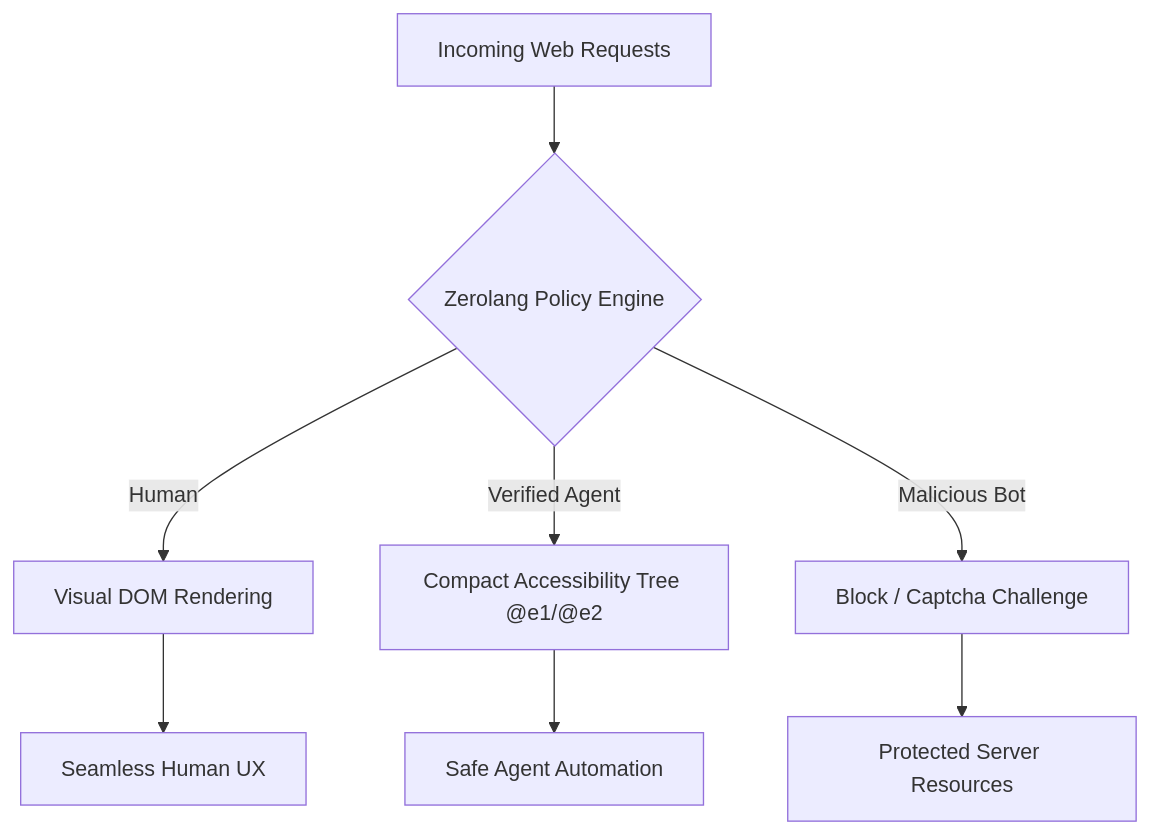
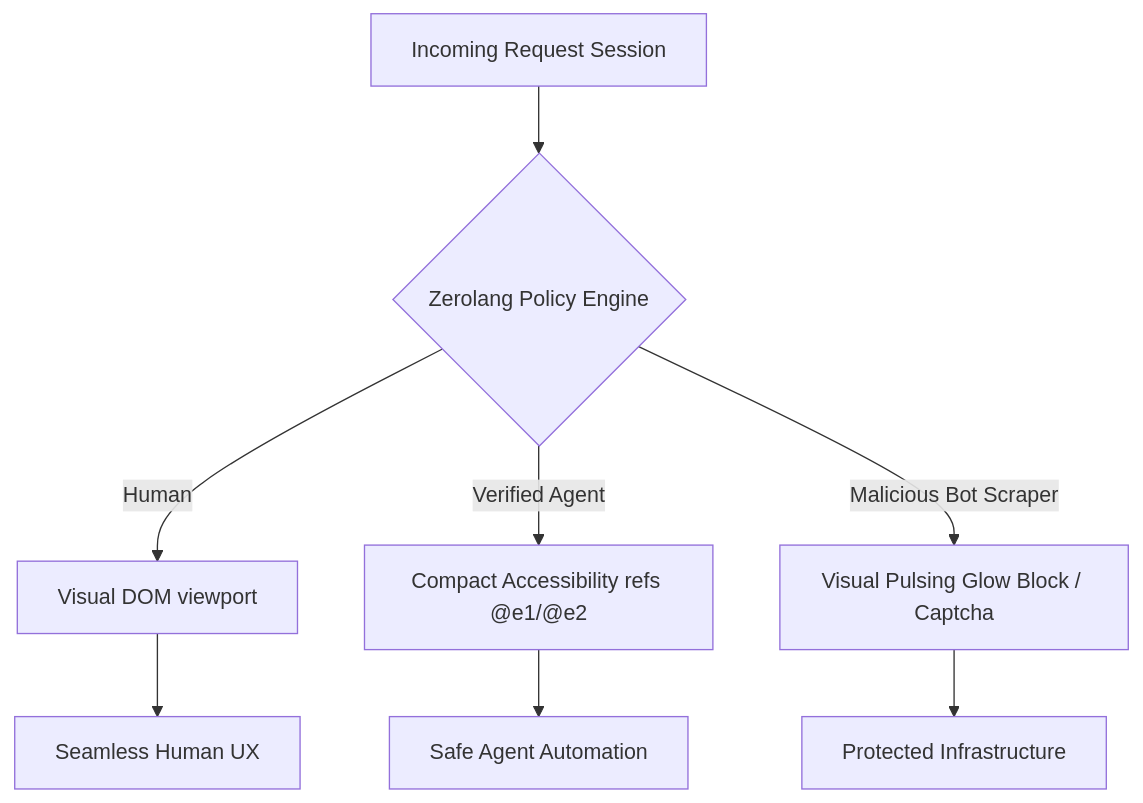
The diagram in README.md (diiviikk5/but-are-you-a-human), drawn with Mermaid before and after one commit. The commit also changed other lines of this file, not shown here.

````diff
--- a/README.md
+++ b/README.md
@@ -113,11 +79,11 @@
 ```mermaid
 graph TD
-    A[Incoming Web Requests] --> B{Zerolang Policy Engine}
-    B -- Human --> C[Visual DOM Rendering]
-    B -- Verified Agent --> D[Compact Accessibility Tree @e1/@e2]
-    B -- Malicious Bot --> E[Block / Captcha Challenge]
+    A[Incoming Request Session] --> B{Zerolang Policy Engine}
+    B -- Human --> C[Visual DOM viewport]
+    B -- Verified Agent --> D[Compact Accessibility refs @e1/@e2]
+    B -- Malicious Bot Scraper --> E[Visual Pulsing Glow Block / Captcha]
     
     C --> F[Seamless Human UX]
     D --> G[Safe Agent Automation]
-    E --> H[Protected Server Resources]
+    E --> H[Protected Infrastructure]
 ```
````
